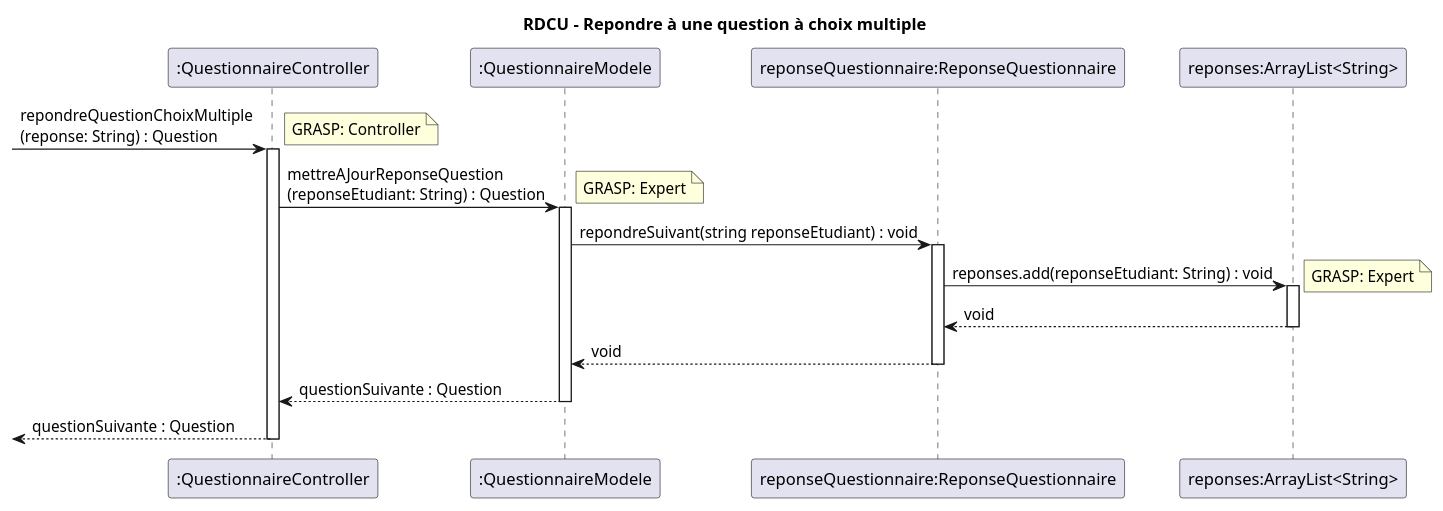
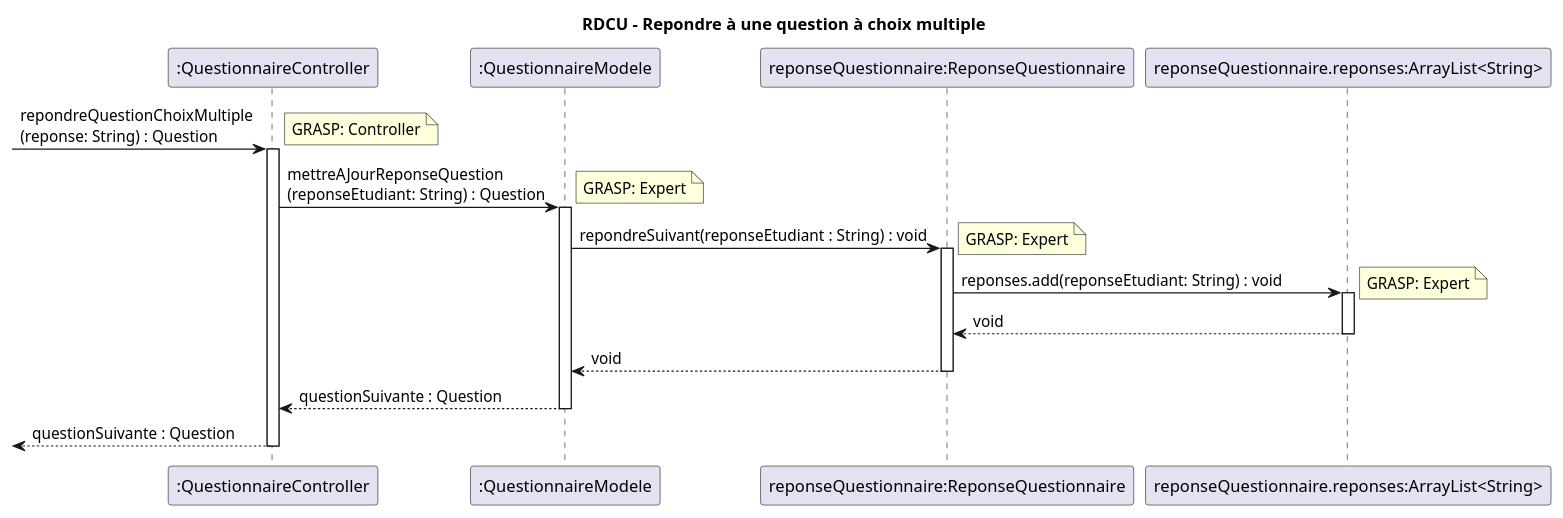
Before and after one commit to xMrYahya/moodle-clone: the diagram in docs/modeles/cu08/rdcu-repondre-question-choix-multiple.puml, drawn with PlantUML. The commit also changed 1 other file, not shown here.

```diff
--- a/docs/modeles/cu08/rdcu-repondre-question-choix-multiple.puml
+++ b/docs/modeles/cu08/rdcu-repondre-question-choix-multiple.puml
@@ -1,31 +1,32 @@
 @startuml
 
 title RDCU - Repondre à une question à choix multiple
 
 participant ":QuestionnaireController" as c
 participant ":QuestionnaireModele" as m
 participant "reponseQuestionnaire:ReponseQuestionnaire" as reponseQuestionnaire
-participant "reponses:ArrayList<String>" as reponses
+participant "reponseQuestionnaire.reponses:ArrayList<String>" as reponses
 
 -> c ++: repondreQuestionChoixMultiple\n(reponse: String) : Question
 note right: GRASP: Controller
 c -> m ++: mettreAJourReponseQuestion\n(reponseEtudiant: String) : Question
 note right: GRASP: Expert
 
-m -> reponseQuestionnaire ++: repondreSuivant(string reponseEtudiant) : void
+m -> reponseQuestionnaire ++: repondreSuivant(reponseEtudiant : String) : void
+note right: GRASP: Expert
 
 reponseQuestionnaire -> reponses ++: reponses.add(reponseEtudiant: String) : void
 note right: GRASP: Expert
 
 reponses --> reponseQuestionnaire --: void
 
 reponseQuestionnaire --> m --: void
 
 m --> c --: questionSuivante : Question
 
 <-- c : questionSuivante : Question
 
 
 deactivate c
 
 @enduml
```
